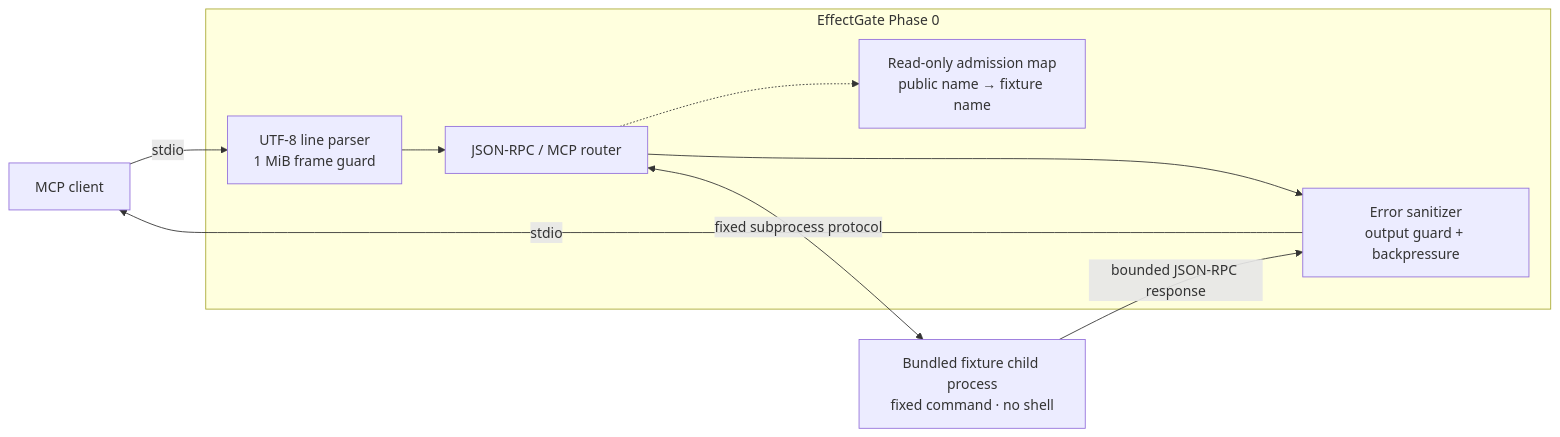
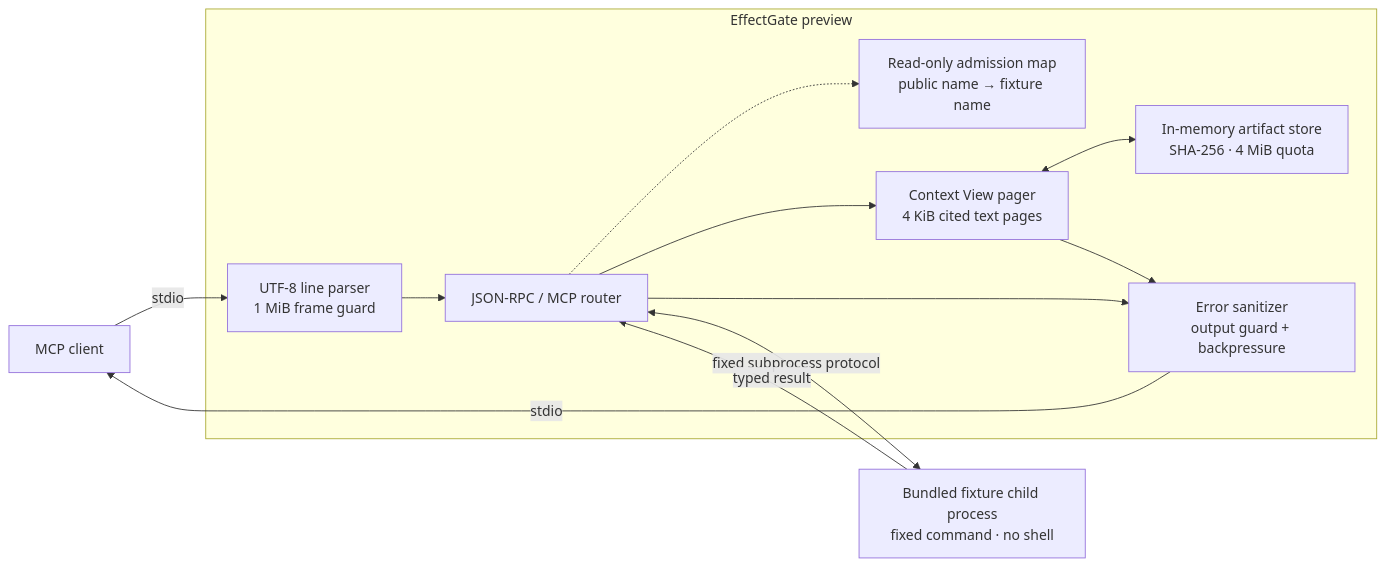
The diagram in README.md (Miniks040506/EffectGate), drawn with Mermaid before and after one commit. The commit also changed other lines of this file and 2 other files, not shown here.

Commit message:
docs: document Phase 1 preview boundaries

````diff
--- a/README.md
+++ b/README.md
@@ -56,22 +58,27 @@
 ```mermaid
 flowchart LR
     Client["MCP client"]
 
-    subgraph Gate["EffectGate Phase 0"]
+    subgraph Gate["EffectGate preview"]
         Input["UTF-8 line parser<br/>1 MiB frame guard"]
         Router["JSON-RPC / MCP router"]
         Catalog["Read-only admission map<br/>public name → fixture name"]
+        Views["Context View pager<br/>4 KiB cited text pages"]
+        Store["In-memory artifact store<br/>SHA-256 · 4 MiB quota"]
         Output["Error sanitizer<br/>output guard + backpressure"]
 
         Input --> Router
         Router -.-> Catalog
+        Router --> Views
+        Views <--> Store
         Router --> Output
+        Views --> Output
     end
 
     Fixture["Bundled fixture child process<br/>fixed command · no shell"]
 
     Client -->|"stdio"| Input
     Router <-->|"fixed subprocess protocol"| Fixture
-    Fixture -->|"bounded JSON-RPC response"| Output
+    Fixture -->|"typed result"| Router
     Output -->|"stdio"| Client
 ```
````
